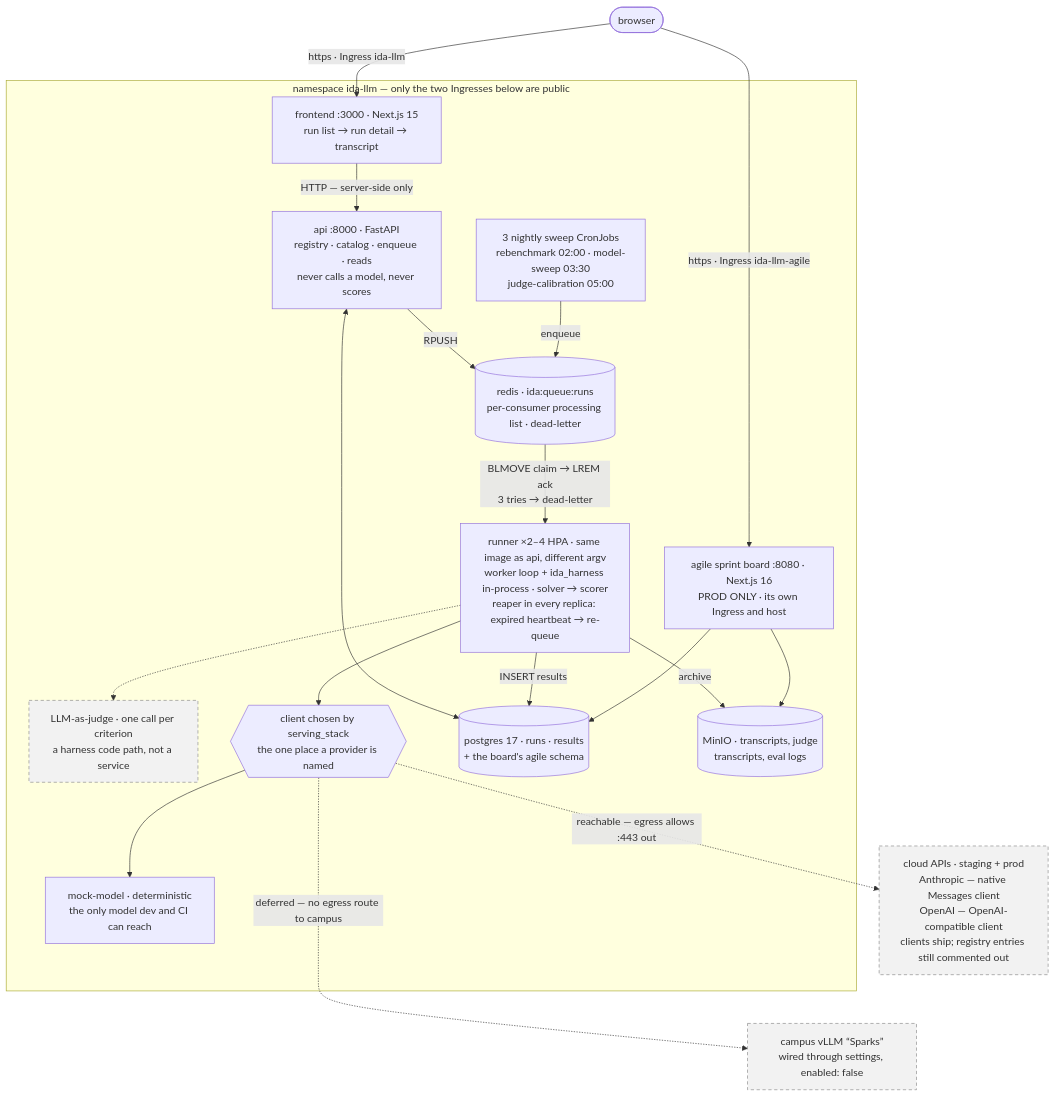
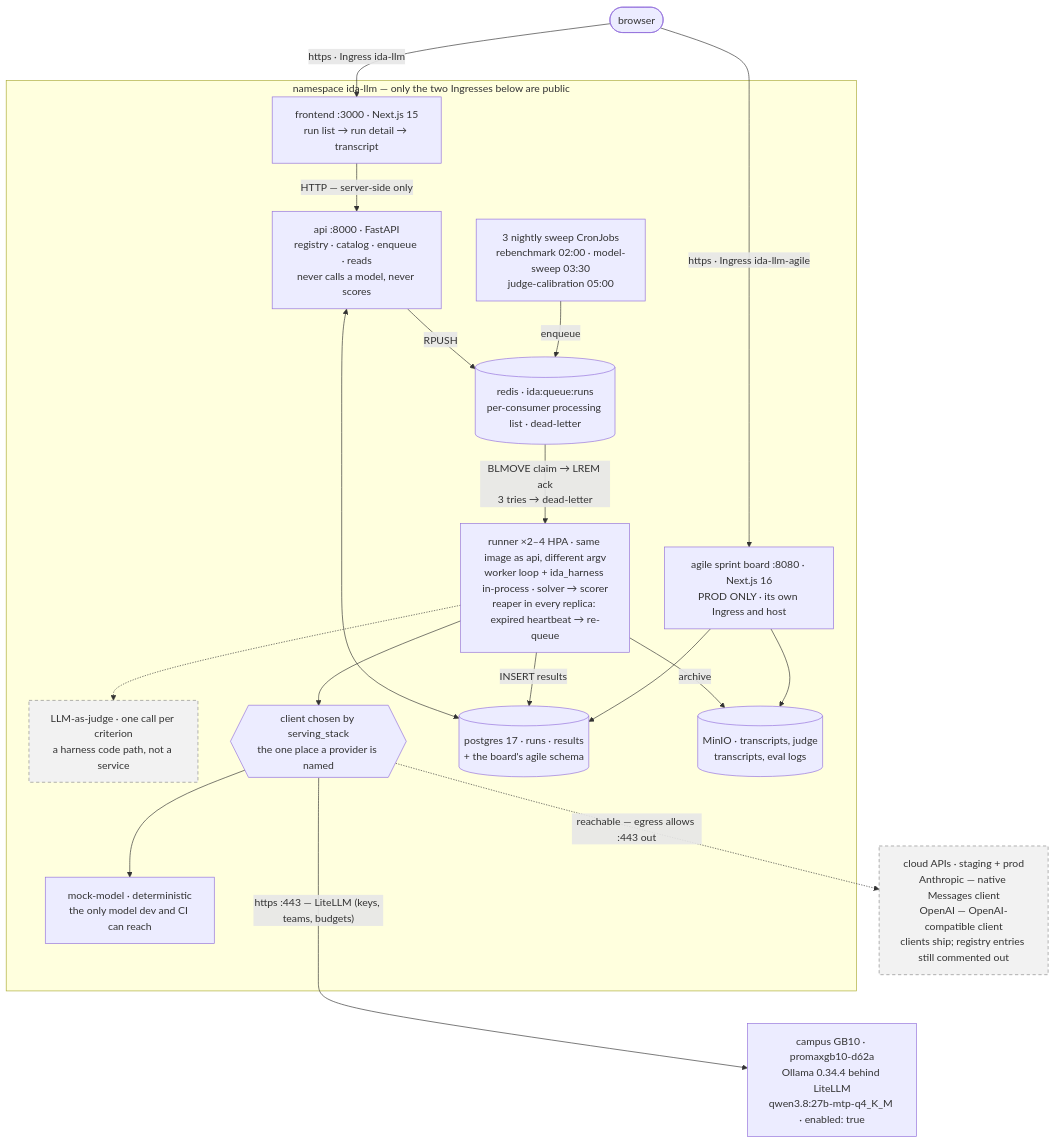
One commit to UA-MIS/ida-llm changed the first of 2 diagrams in README.md. Above: the diagram before and after it, drawn with Mermaid. The commit also changed other lines of this file and 11 other files, not shown here.

First line of the commit message:
models.yaml: one campus box, not two — and record Ollama, not vLLM

````diff
--- a/README.md
+++ b/README.md
@@ -104,42 +107,42 @@
 ```mermaid
 flowchart TB
   browser(["browser"])
 
   subgraph ns["namespace ida-llm — only the two Ingresses below are public"]
     fe["frontend :3000 · Next.js 15<br/>run list → run detail → transcript"]
     api["api :8000 · FastAPI<br/>registry · catalog · enqueue · reads<br/>never calls a model, never scores"]
     crons["3 nightly sweep CronJobs<br/>rebenchmark 02:00 · model-sweep 03:30<br/>judge-calibration 05:00"]
     redis[("redis · ida:queue:runs<br/>per-consumer processing list · dead-letter")]
     runner["runner ×2–4 HPA · same image as api, different argv<br/>worker loop + ida_harness in-process · solver → scorer<br/>reaper in every replica: expired heartbeat → re-queue"]
     judge["LLM-as-judge · one call per criterion<br/>a harness code path, not a service"]
     factory{{"client chosen by serving_stack<br/>the one place a provider is named"}}
     mock["mock-model · deterministic<br/>the only model dev and CI can reach"]
     pg[("postgres 17 · runs · results<br/>+ the board's agile schema")]
     minio[("MinIO · transcripts, judge<br/>transcripts, eval logs")]
     agile["agile sprint board :8080 · Next.js 16<br/>PROD ONLY · its own Ingress and host"]
   end
 
   cloud["cloud APIs · staging + prod<br/>Anthropic — native Messages client<br/>OpenAI — OpenAI-compatible client<br/>clients ship; registry entries still commented out"]
-  sparks["campus vLLM “Sparks”<br/>wired through settings, enabled: false"]
+  sparks["campus GB10 · promaxgb10-d62a<br/>Ollama 0.34.4 behind LiteLLM<br/>qwen3.8:27b-mtp-q4_K_M · enabled: true"]
 
   browser -->|"https · Ingress ida-llm"| fe
   browser -->|"https · Ingress ida-llm-agile"| agile
   fe -->|"HTTP — server-side only"| api
   api -->|RPUSH| redis
   crons -->|enqueue| redis
   api <--> pg
   redis -->|"BLMOVE claim → LREM ack<br/>3 tries → dead-letter"| runner
   runner -->|"INSERT results"| pg
   runner -->|archive| minio
   runner -.-> judge
   runner --> factory
   factory --> mock
   factory -.->|"reachable — egress allows :443 out"| cloud
-  factory -.->|"deferred — no egress route to campus"| sparks
+  factory -->|"https :443 — LiteLLM (keys, teams, budgets)"| sparks
   agile --> pg
   agile --> minio
   cloud ~~~ sparks
 
   classDef off stroke:#8a8a8a,stroke-dasharray:5 4,fill:#f2f2f2,color:#333
-  class judge,cloud,sparks off
+  class judge,cloud off
 ```
````
